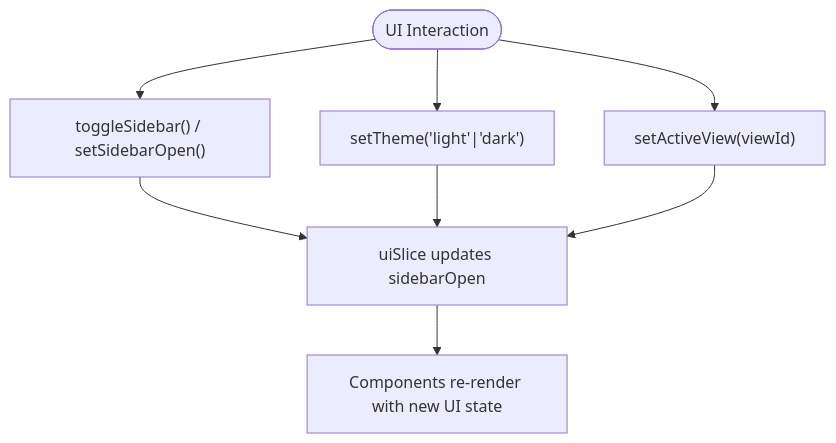
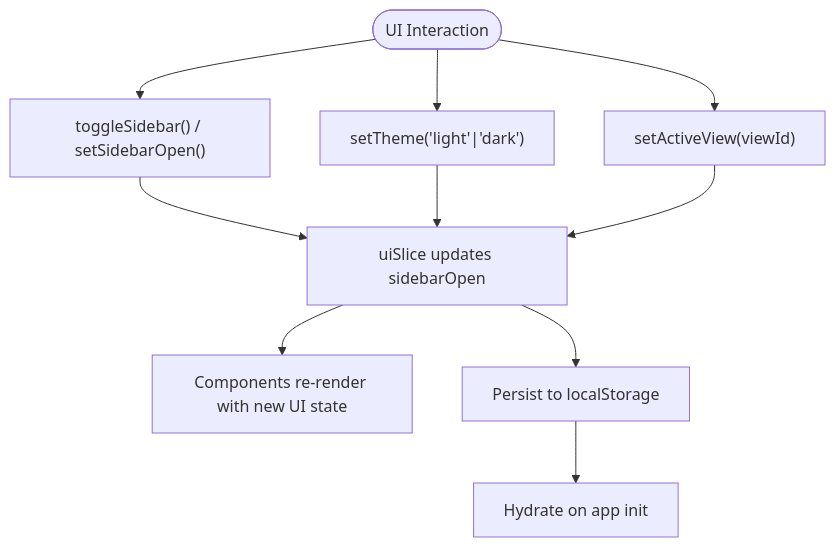
The sixth of 8 diagrams in .qoder/repowiki/en/content/State Management.md (cacamarica/dashboard-ai), drawn with Mermaid before and after one commit. The commit also changed other lines of this file and 14 other files, not shown here.

````diff
--- a/.qoder/repowiki/en/content/State Management.md
+++ b/.qoder/repowiki/en/content/State Management.md
@@ -258,10 +353,12 @@
 ```mermaid
 flowchart TD
 Start(["UI Interaction"]) --> Toggle["toggleSidebar() / setSidebarOpen()"]
 Toggle --> StateUI["uiSlice updates sidebarOpen"]
 StateUI --> Render["Components re-render with new UI state"]
 Start --> Theme["setTheme('light'|'dark')"]
 Theme --> StateUI
 Start --> View["setActiveView(viewId)"]
 View --> StateUI
+StateUI --> Persist["Persist to localStorage"]
+Persist --> Hydrate["Hydrate on app init"]
 ```
````
